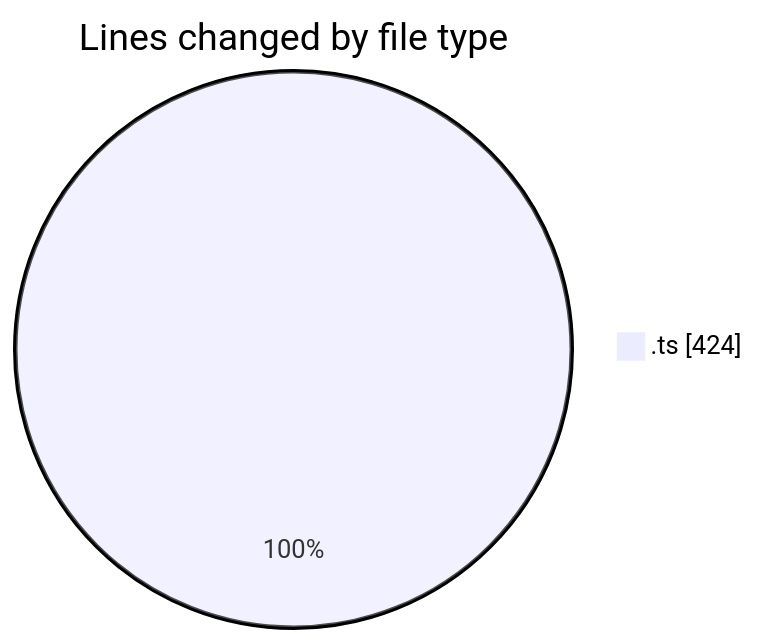
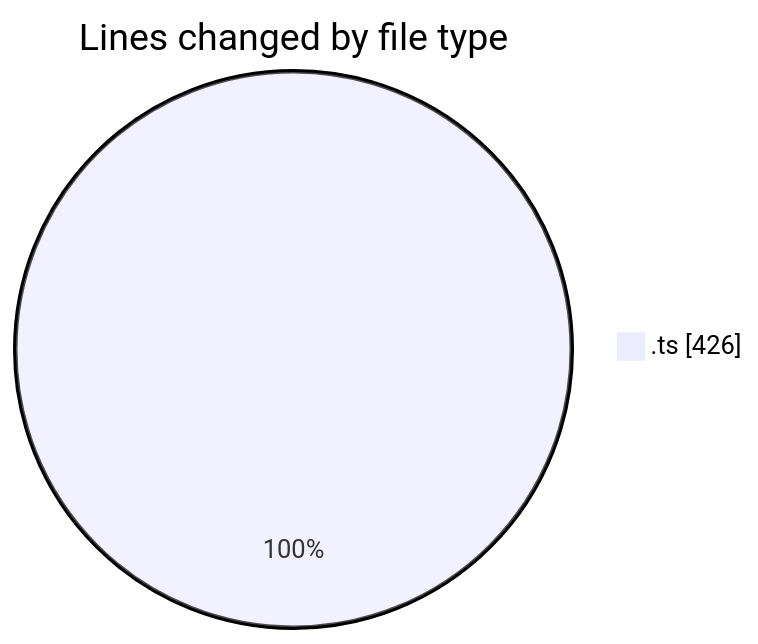
The first of 2 diagrams in 2025-08-11/cda/README.md (momahboobian/code-tracking), drawn with Mermaid before and after one commit. The commit also changed other lines of this file and 1 other file, not shown here.

````diff
--- a/2025-08-11/cda/README.md
+++ b/2025-08-11/cda/README.md
@@ -21,5 +21,5 @@
 ```mermaid
 pie showData
 title Lines changed by file type
-".ts" : 424
+".ts" : 426
 ```
````
